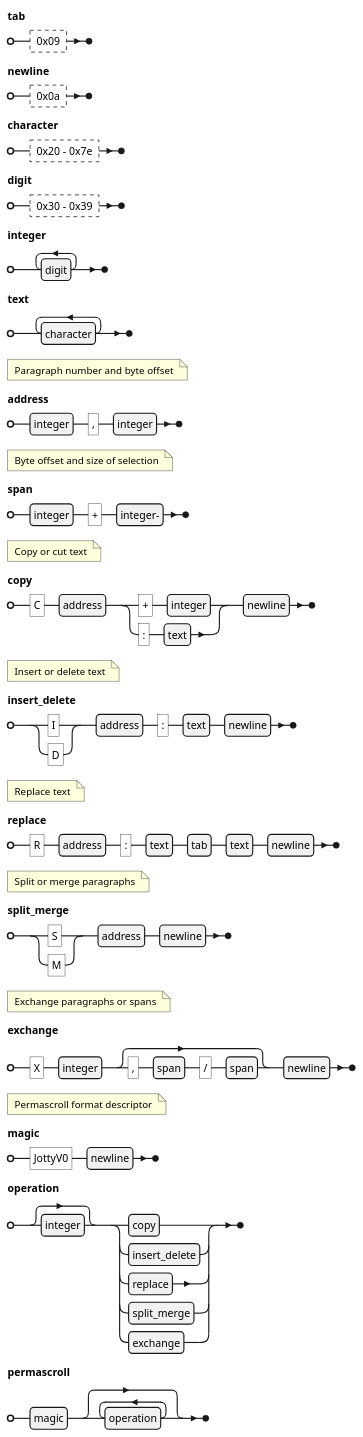
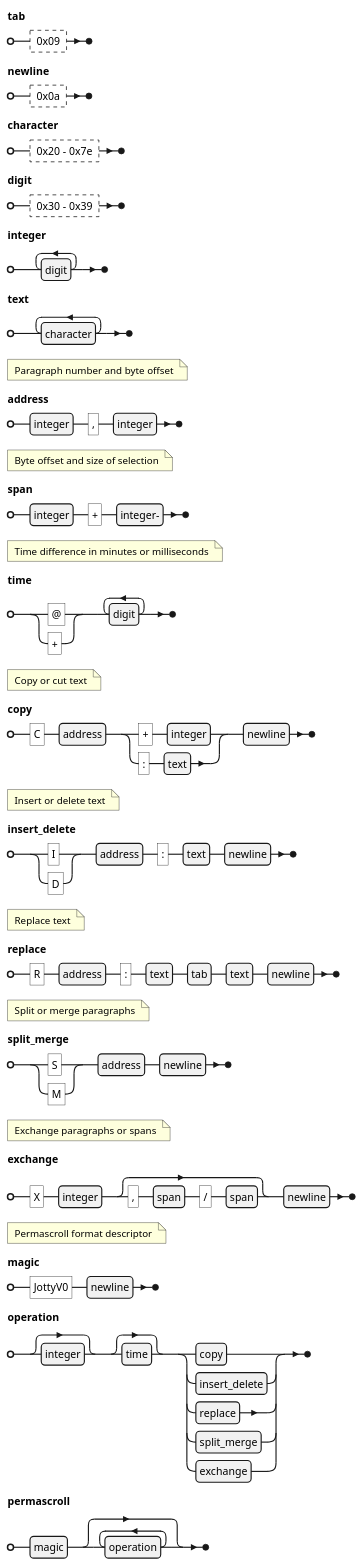
One commit to xanni/jotty changed the third of 3 diagrams in README.md. Above: the diagram before and after it, drawn with PlantUML. The commit also changed other lines of this file and 6 other files, not shown here.

````diff
--- a/README.md
+++ b/README.md
@@ -497,40 +508,44 @@
 ```plantuml
 @startebnf
 tab       = ? 0x09 ? ;
 newline   = ? 0x0a ? ;
 character = ? 0x20 - 0x7e ? ;
 digit     = ? 0x30 - 0x39 ? ;
 
 integer = {digit}- ;
 text    = {character}- ;
 
 (* Paragraph number and byte offset *)
 address = integer, ',', integer ;
 
 (* Byte offset and size of selection *)
 span = integer, '+', integer- ;
+
+(* Time difference in minutes or milliseconds *)
+time = ( '@' | '+' ), {digit}- ;
 
 (* Copy or cut text *)
 copy = 'C', address,
   ( '+', integer | ':', text ), newline ;
 
 (* Insert or delete text *)
 insert_delete = ( 'I' | 'D' ), address, ':', text, newline ;
 
 (* Replace text *)
 replace = 'R', address, ':', text, tab, text, newline ;
 
 (* Split or merge paragraphs *)
 split_merge = ( 'S' | 'M' ), address, newline;
 
 (* Exchange paragraphs or spans *)
 exchange = 'X', integer, [ ',', span, '/', span ], newline ;
 
 (* Permascroll format descriptor *)
 magic = 'JottyV0', newline ;
 
-operation = [ integer ], ( copy | insert_delete | replace | split_merge | exchange ) ;
+operation = [ integer ], [ time ],
+  ( copy | insert_delete | replace | split_merge | exchange ) ;
 
 permascroll = magic, { operation } ;
 @endebnf
 ```
````
